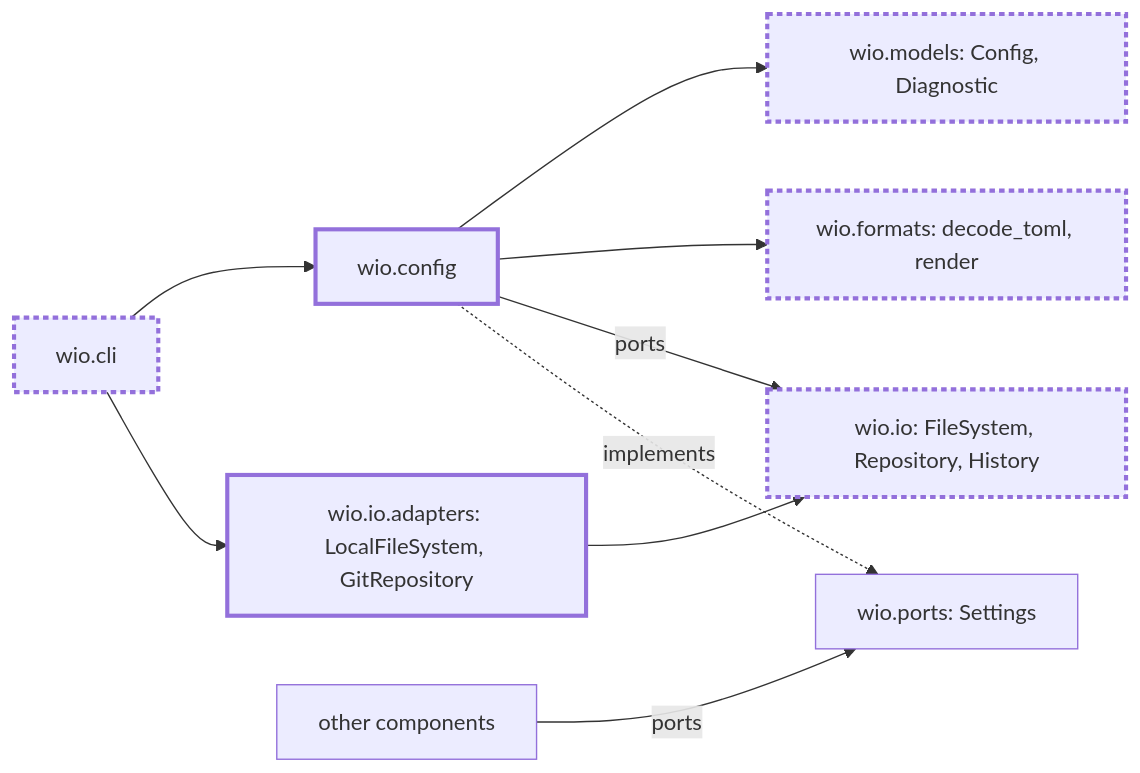
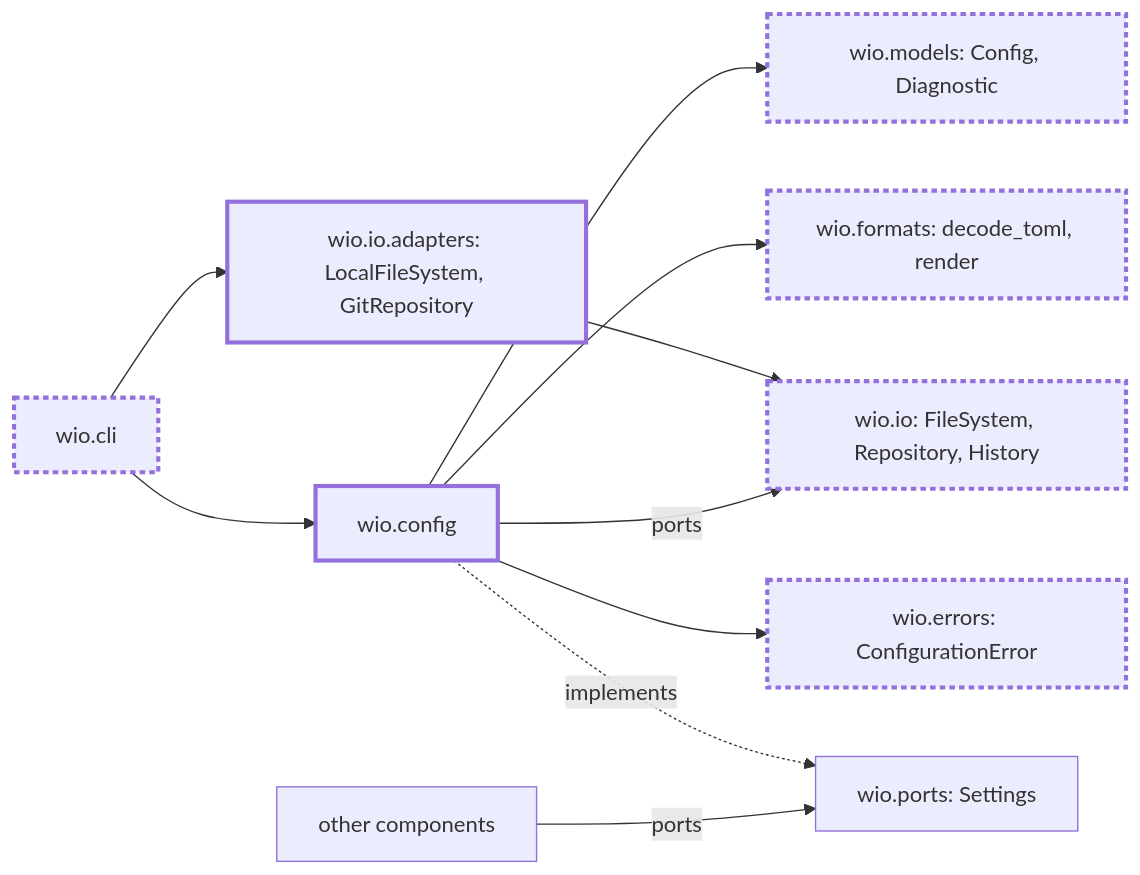
Before and after one commit to msitarz/wio: the diagram in .agents/wio/works/config/README.md, drawn with Mermaid. The commit also changed other lines of this file and 8 other files, not shown here.

````diff
--- a/.agents/wio/works/config/README.md
+++ b/.agents/wio/works/config/README.md
@@ -86,21 +98,23 @@
 ```mermaid
 flowchart LR
     cli["wio.cli"]:::changed
     config["wio.config"]:::new
     models["wio.models: Config, Diagnostic"]:::changed
     formats["wio.formats: decode_toml, render"]:::changed
     io["wio.io: FileSystem, Repository, History"]:::changed
     adapters["wio.io.adapters: LocalFileSystem, GitRepository"]:::new
     settings["wio.ports: Settings"]
     other["other components"]
     cli --> config
     cli --> adapters
     config --> models
     config --> formats
     config -- "ports" --> io
     adapters --> io
     other -- "ports" --> settings
     config -. "implements" .-> settings
+    errors["wio.errors: ConfigurationError"]:::changed
+    config --> errors
     classDef new stroke-width: 3px
     classDef changed stroke-width: 3px,stroke-dasharray: 4 3
 ```
````
